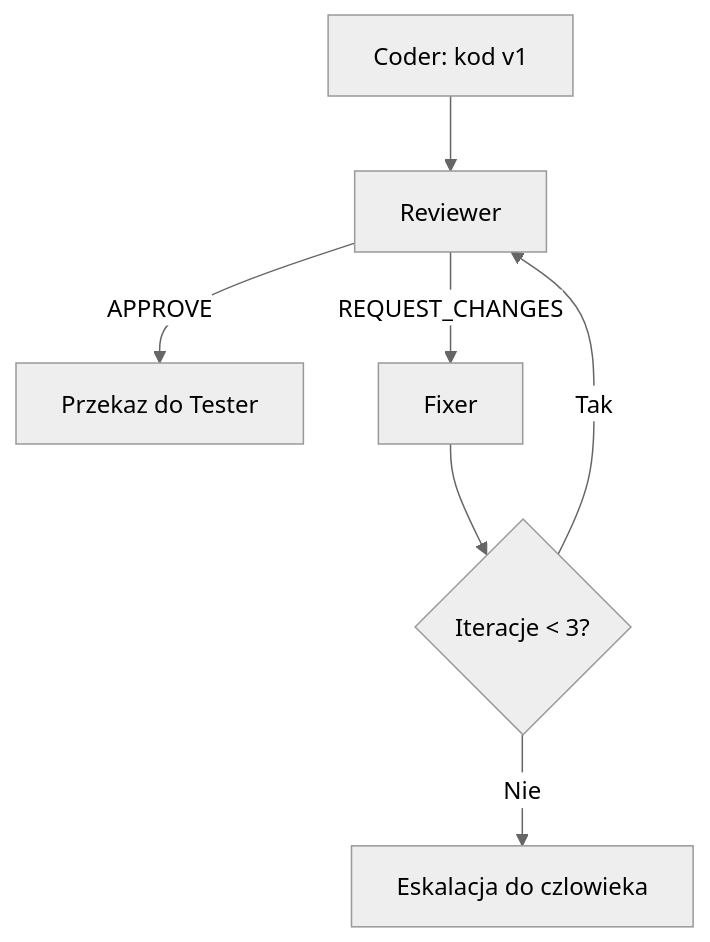
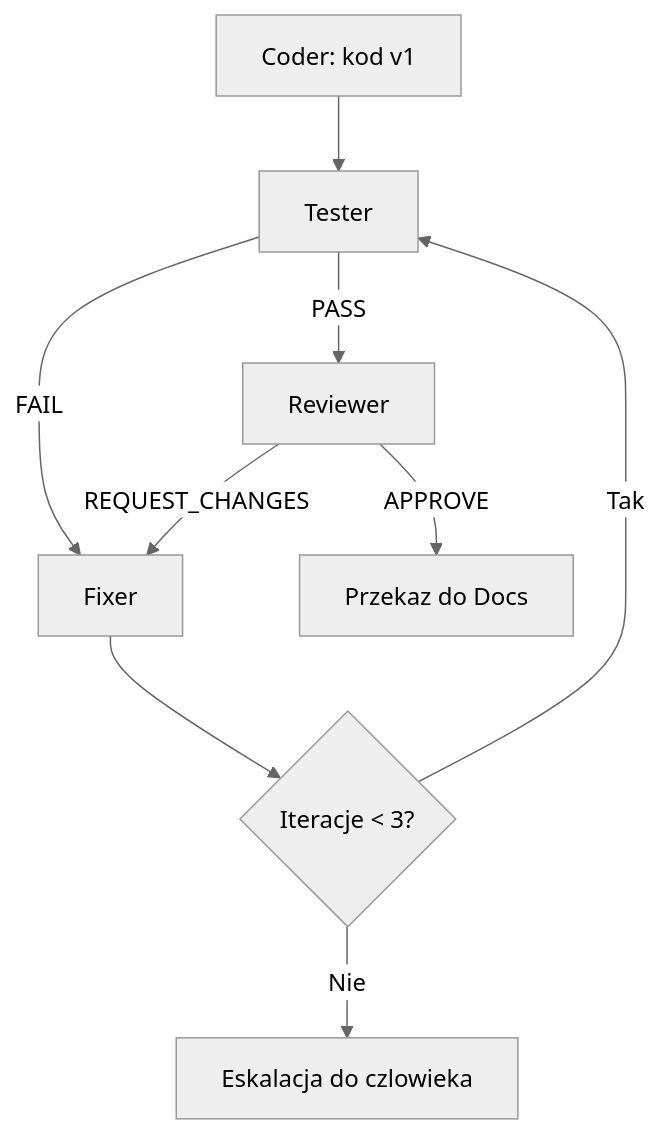
The second of 4 diagrams in factory/CONCEPT-DIAGRAMS.md (oramm/PS-nodeJS), drawn with Mermaid (neutral theme) before and after one commit. The commit also changed other lines of this file and 12 other files, not shown here.

````diff
--- a/factory/CONCEPT-DIAGRAMS.md
+++ b/factory/CONCEPT-DIAGRAMS.md
@@ -42,9 +43,11 @@
 ```mermaid
 flowchart TD
-    A[Coder: kod v1] --> B[Reviewer]
-    B -->|APPROVE| C[Przekaz do Tester]
-    B -->|REQUEST_CHANGES| D[Fixer]
+    A[Coder: kod v1] --> B[Tester]
+    B -->|PASS| C[Reviewer]
+    B -->|FAIL| D[Fixer]
+    C -->|APPROVE| G[Przekaz do Docs]
+    C -->|REQUEST_CHANGES| D
     D --> E{Iteracje < 3?}
     E -->|Tak| B
     E -->|Nie| F[Eskalacja do czlowieka]
 ```
````
